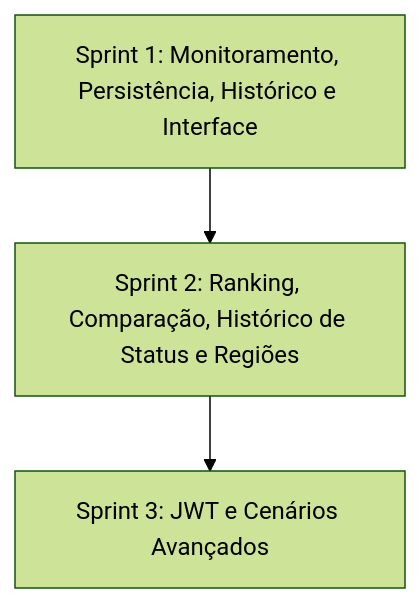
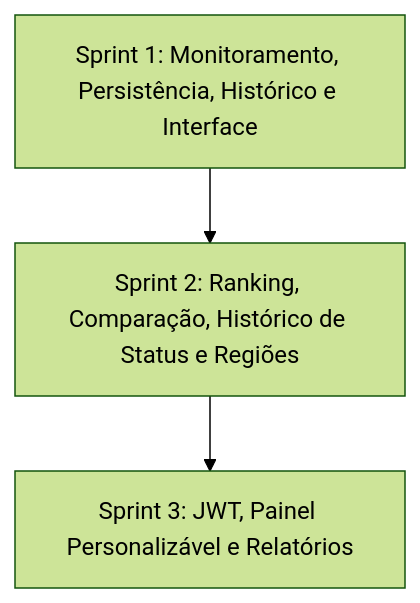
One commit to Team-Zero-DSM/GreenER changed the diagram in README.md. Above: the diagram before and after it, drawn with Mermaid (forest theme). The commit also changed other lines of this file and 12 other files, not shown here.

````diff
--- a/README.md
+++ b/README.md
@@ -229,5 +229,5 @@
 ```mermaid
 graph TD
     S1[Sprint 1: Monitoramento, Persistência, Histórico e Interface] --> S2[Sprint 2: Ranking, Comparação, Histórico de Status e Regiões]
-    S2 --> S3[Sprint 3: JWT e Cenários Avançados]
+    S2 --> S3[Sprint 3: JWT, Painel Personalizável e Relatórios]
 ```
````
